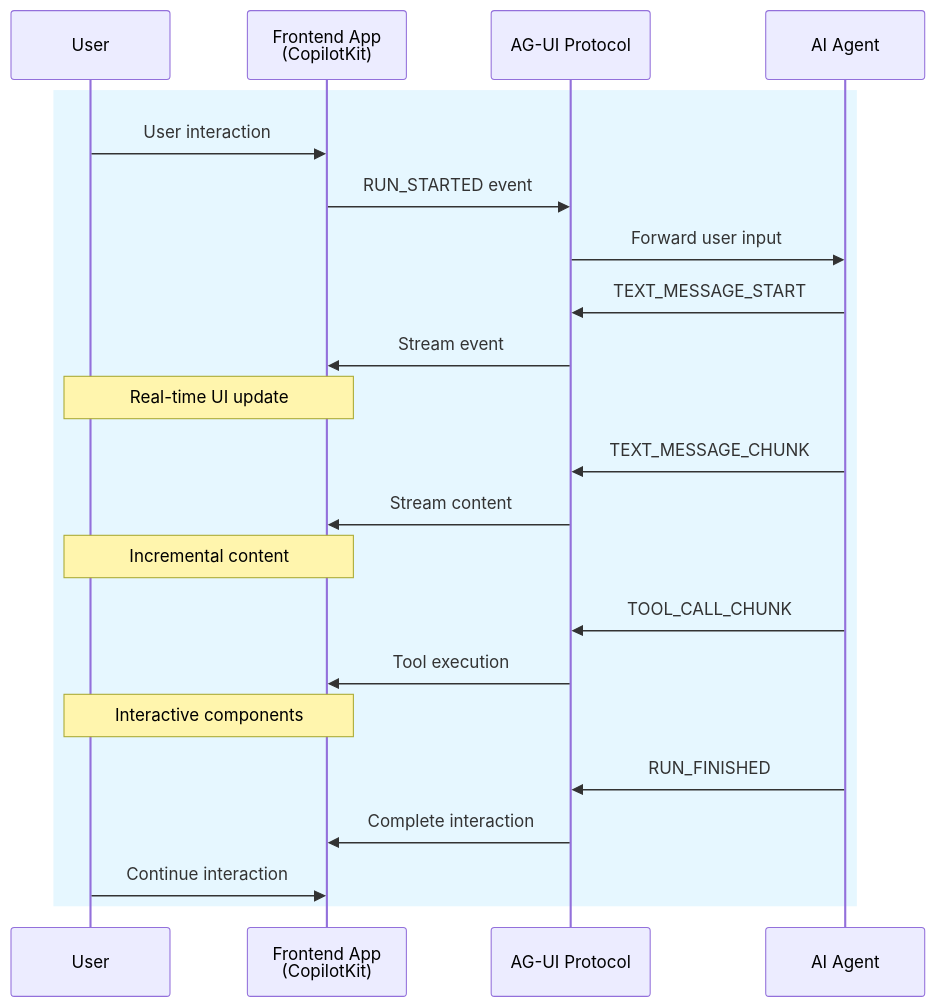
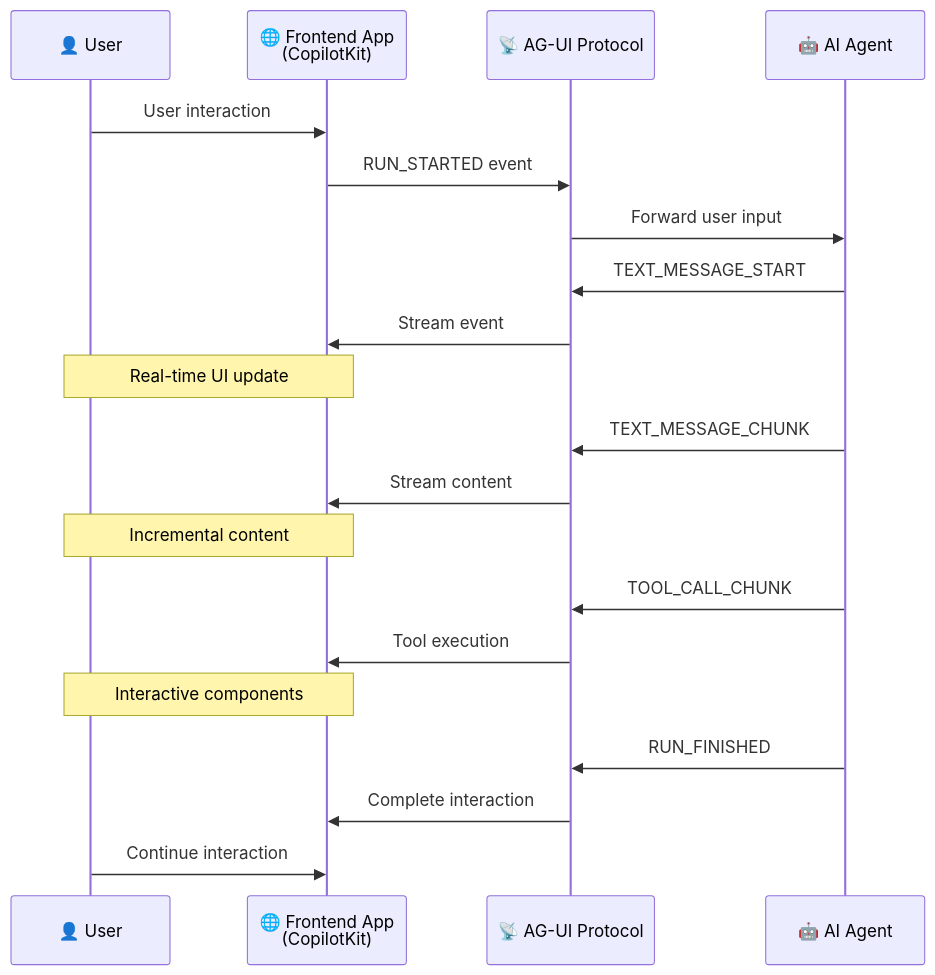
Before and after one commit to raphaelmansuy/tutorials: the sixth of 9 diagrams in 33_ag_ui.md, drawn with Mermaid. The commit also changed other lines of this file, not shown here.

Commit message:
Enhance AG-UI tutorial with improved Mermaid diagrams, adding icons and styles for better visualization and clarity in integration challenges and protocol comparisons.

````diff
--- a/33_ag_ui.md
+++ b/33_ag_ui.md
@@ -307,29 +361,27 @@
 ```mermaid
 sequenceDiagram
-    participant U as User
-    participant UI as Frontend App<br/>(CopilotKit)
-    participant AG as AG-UI Protocol
-    participant AI as AI Agent
+    participant U as 👤 User
+    participant UI as 🌐 Frontend App<br/>(CopilotKit)
+    participant AG as 📡 AG-UI Protocol
+    participant AI as 🤖 AI Agent
     
-    rect rgb(230, 247, 255)
-        U->>UI: User interaction
-        UI->>AG: RUN_STARTED event
-        AG->>AI: Forward user input
-        
-        AI->>AG: TEXT_MESSAGE_START
-        AG->>UI: Stream event
-        Note over UI,U: Real-time UI update
-        
-        AI->>AG: TEXT_MESSAGE_CHUNK
-        AG->>UI: Stream content
-        Note over UI,U: Incremental content
-        
-        AI->>AG: TOOL_CALL_CHUNK
-        AG->>UI: Tool execution
-        Note over UI,U: Interactive components
-        
-        AI->>AG: RUN_FINISHED
-        AG->>UI: Complete interaction
-        U->>UI: Continue interaction
-    end
+    U->>UI: User interaction
+    UI->>AG: RUN_STARTED event
+    AG->>AI: Forward user input
+    
+    AI->>AG: TEXT_MESSAGE_START
+    AG->>UI: Stream event
+    Note over UI,U: Real-time UI update
+    
+    AI->>AG: TEXT_MESSAGE_CHUNK
+    AG->>UI: Stream content
+    Note over UI,U: Incremental content
+    
+    AI->>AG: TOOL_CALL_CHUNK
+    AG->>UI: Tool execution
+    Note over UI,U: Interactive components
+    
+    AI->>AG: RUN_FINISHED
+    AG->>UI: Complete interaction
+    U->>UI: Continue interaction
 ```
````
